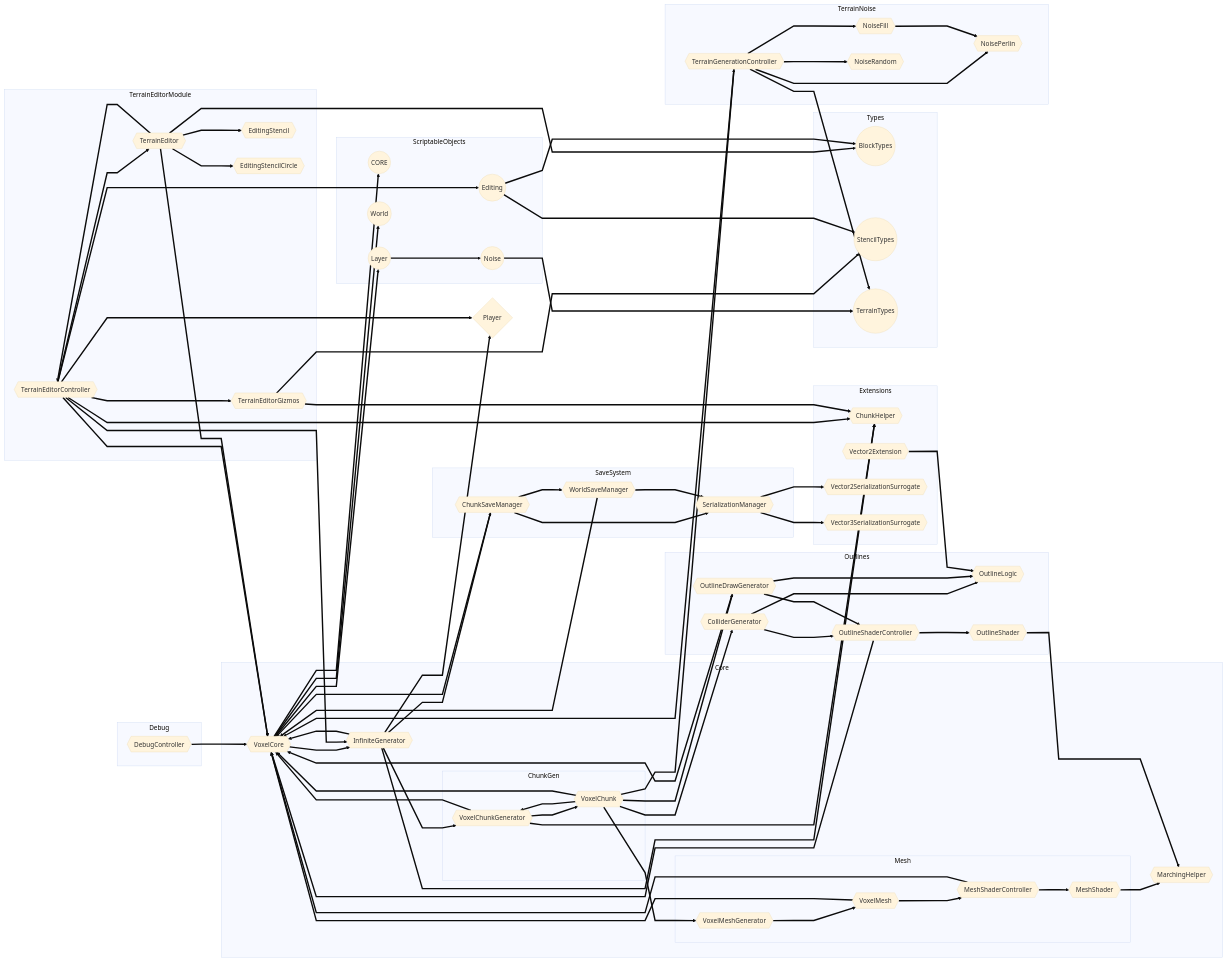
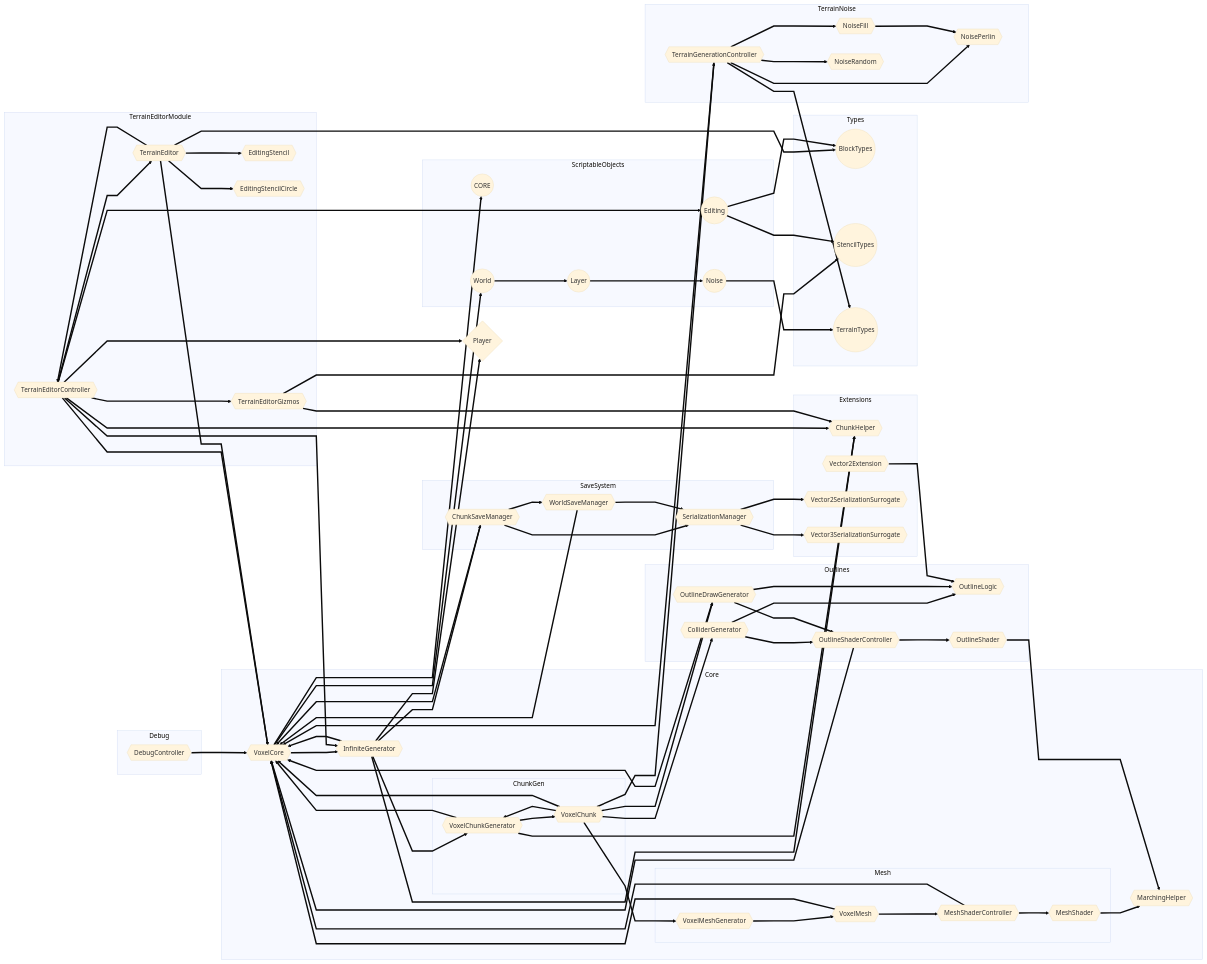
One commit to joesobo/Marching-Squares-2.0 changed the diagram in Assets/Graphs/CORE.md. Above: the diagram before and after it, drawn with Mermaid (base theme).

Commit message:
docs: updated graph

```diff
--- a/Assets/Graphs/CORE.md
+++ b/Assets/Graphs/CORE.md
@@ -88,11 +88,12 @@
   Player{Player};
 
   %% Core Connections
+  World ==> Layer;
+
   Layer ==> Noise;
 
   Noise ==> TerrainTypes;
 
-  VoxelCore ==> Layer;
   VoxelCore ==> InfiniteGenerator;
   VoxelCore ==> CORE;
   VoxelCore ==> World;
```
